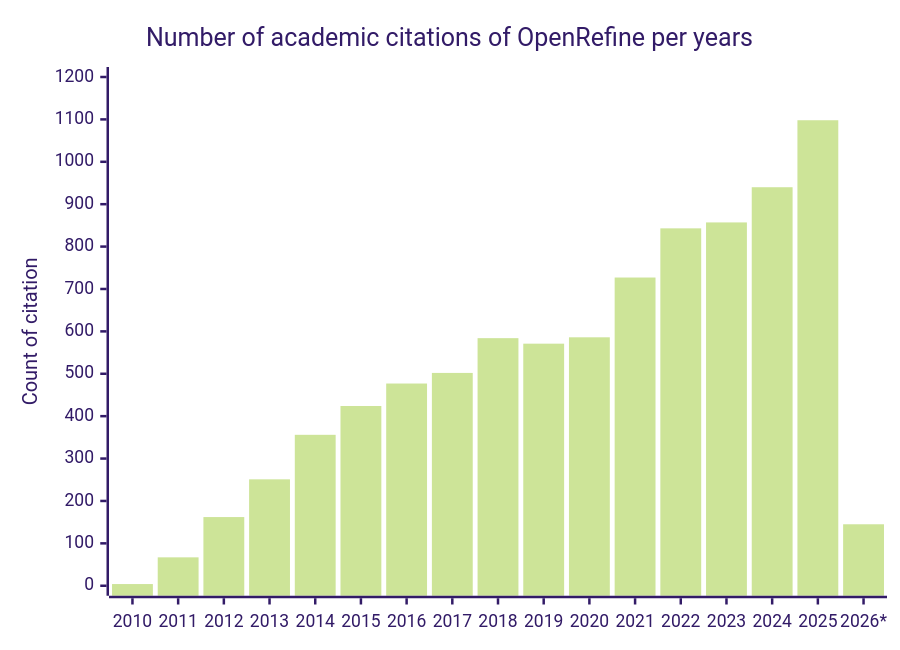
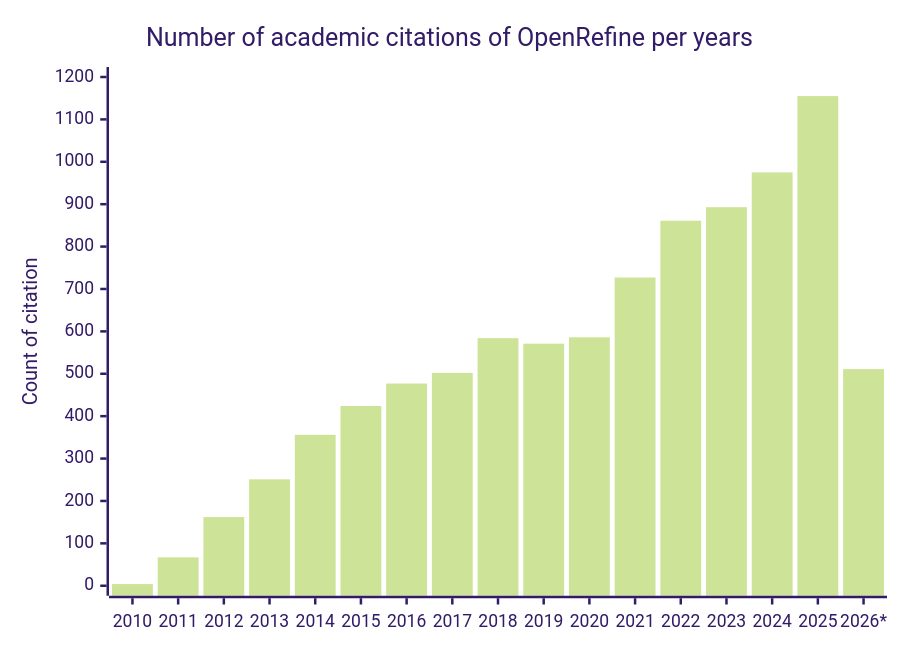
Before and after one commit to OpenRefine/openrefine.org: the second of 3 diagrams in src/pages/usage.md, drawn with Mermaid. The commit also changed other lines of this file, not shown here.

````diff
--- a/src/pages/usage.md
+++ b/src/pages/usage.md
@@ -42,8 +42,8 @@
 ```mermaid
 %%{init: {'theme':'forest'}}%%
 xychart-beta
     title "Number of academic citations of OpenRefine per years"
     x-axis [2010, 2011, 2012, 2013, 2014, 2015, 2016, 2017, 2018, 2019, 2020, 2021, 2022, 2023, 2024, 2025, 2026*]
     y-axis "Count of citation" 0 --> 1200
-    bar [4, 67, 162, 251, 356, 424, 477, 502, 584, 571, 586, 727, 843, 857, 940, 1098, 145]
+    bar [4, 67, 162, 251, 356, 424, 477, 502, 584, 571, 586, 727, 861, 893, 975, 1155, 511]
 ```
````
